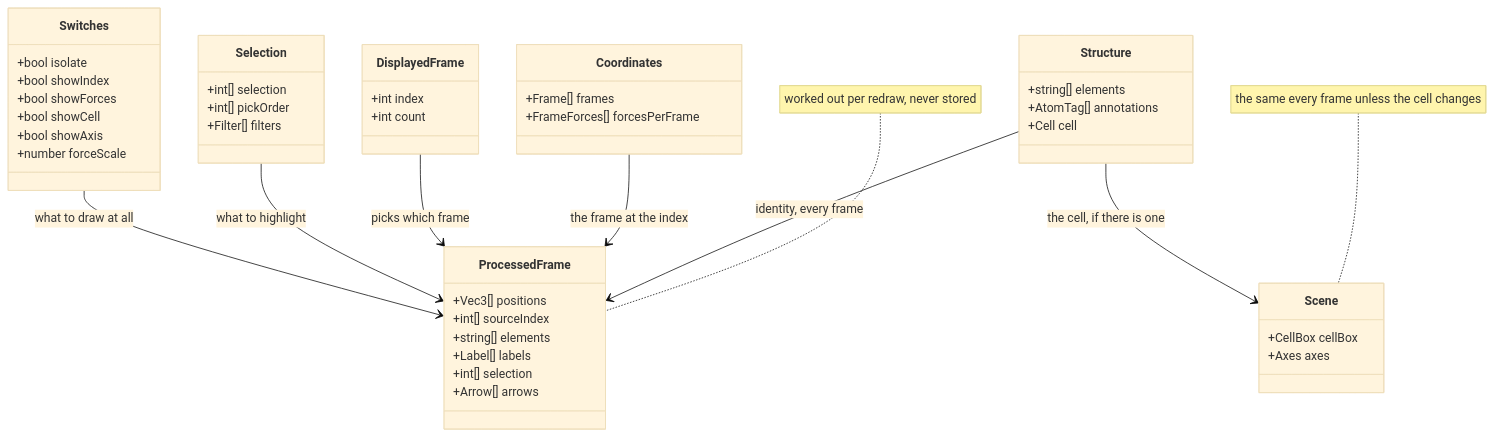
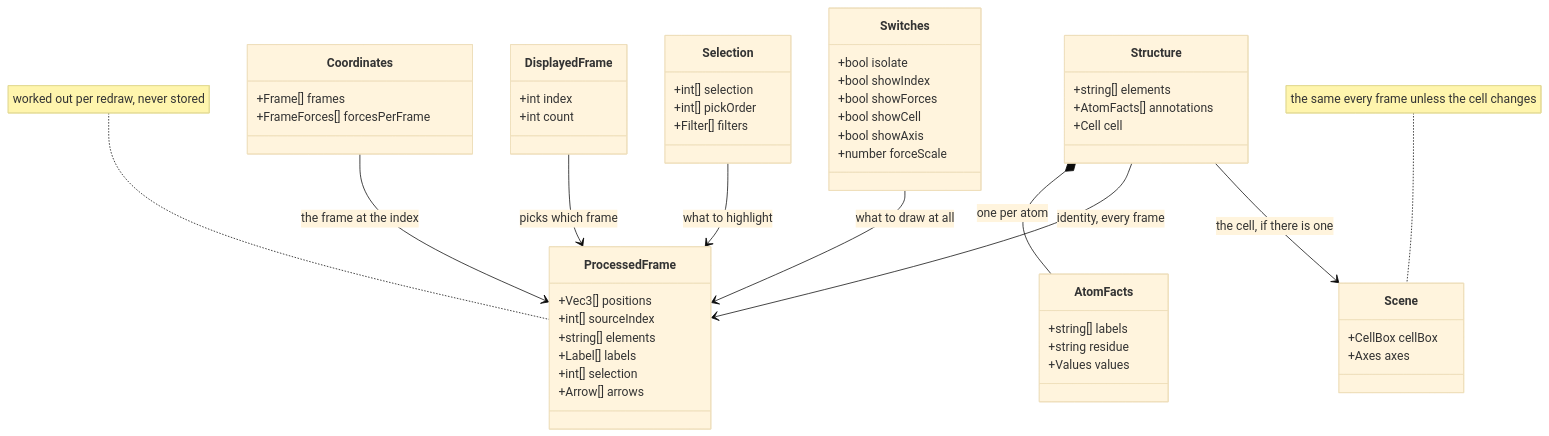
Before and after one commit to Qing-LAB/molbuilder: the second of 5 diagrams in docs/web/molview.md, drawn with Mermaid (base theme). The commit also changed other lines of this file, not shown here.

````diff
--- a/docs/web/molview.md
+++ b/docs/web/molview.md
@@ -363,49 +364,55 @@
 ```mermaid
 classDiagram
     class Structure {
       +string[] elements
-      +AtomTag[] annotations
+      +AtomFacts[] annotations
       +Cell cell
+    }
+    class AtomFacts {
+      +string[] labels
+      +string residue
+      +Values values
     }
     class Coordinates {
       +Frame[] frames
       +FrameForces[] forcesPerFrame
     }
     class DisplayedFrame {
       +int index
       +int count
     }
     class Selection {
       +int[] selection
       +int[] pickOrder
       +Filter[] filters
     }
     class Switches {
       +bool isolate
       +bool showIndex
       +bool showForces
       +bool showCell
       +bool showAxis
       +number forceScale
     }
     class ProcessedFrame {
       +Vec3[] positions
       +int[] sourceIndex
       +string[] elements
       +Label[] labels
       +int[] selection
       +Arrow[] arrows
     }
     class Scene {
       +CellBox cellBox
       +Axes axes
     }
+    Structure *-- AtomFacts : one per atom
     Structure --> ProcessedFrame : identity, every frame
     Coordinates --> ProcessedFrame : the frame at the index
     DisplayedFrame --> ProcessedFrame : picks which frame
     Selection --> ProcessedFrame : what to highlight
     Switches --> ProcessedFrame : what to draw at all
     Structure --> Scene : the cell, if there is one
     note for ProcessedFrame "worked out per redraw, never stored"
     note for Scene "the same every frame unless the cell changes"
 ```
````
